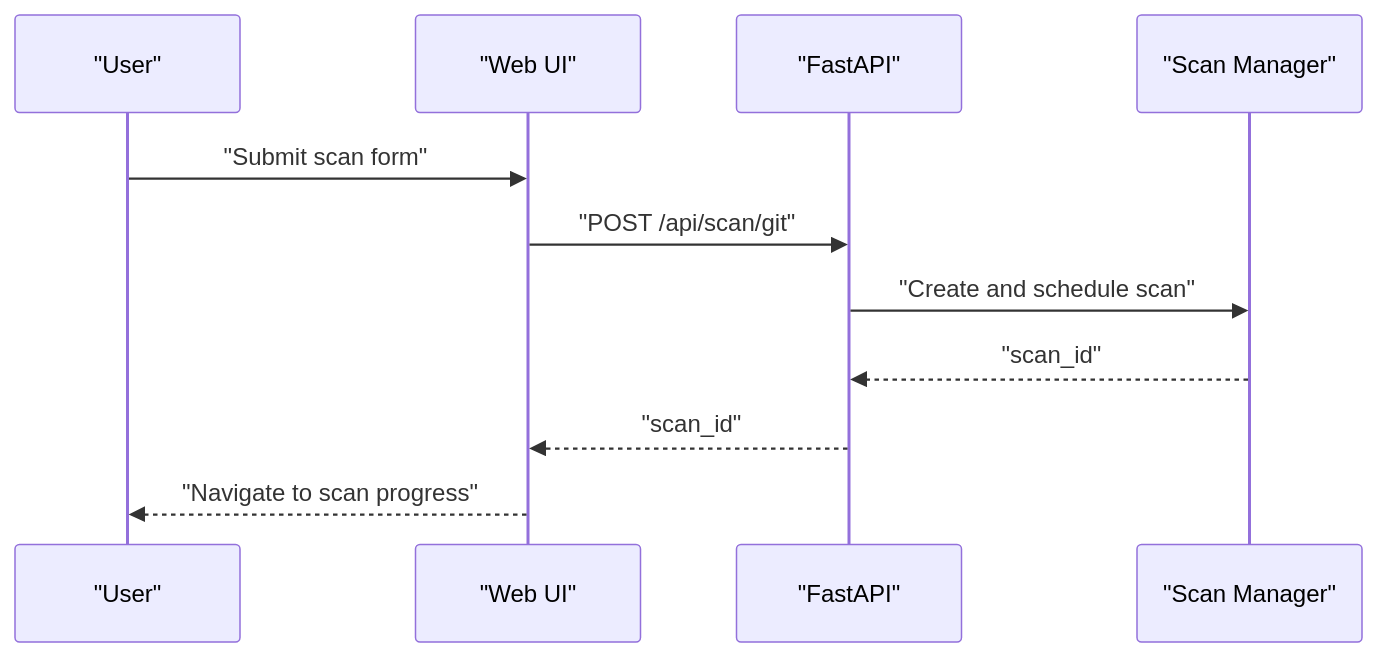
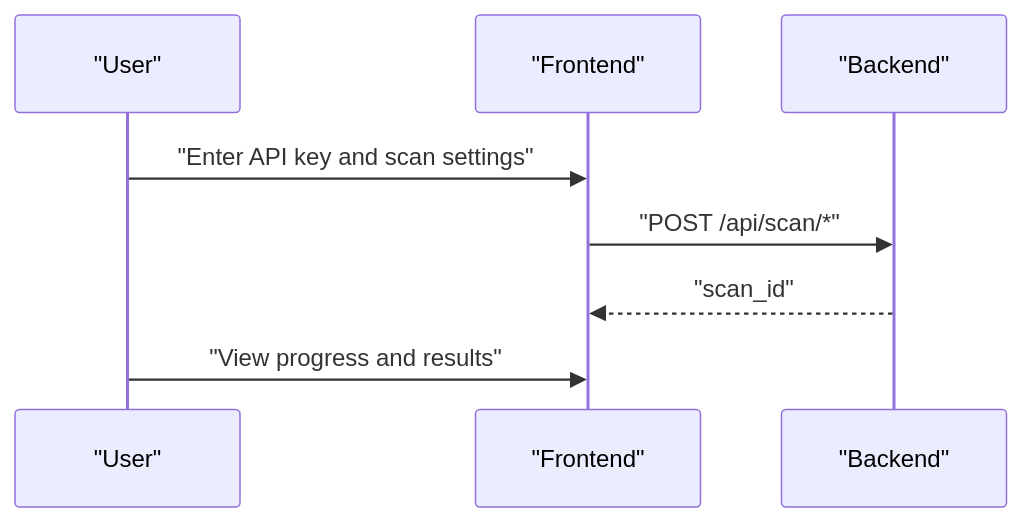
The fourth of 9 diagrams in .qoder/repowiki/en/content/Getting Started.md (keysight-anya/AutoPoV), drawn with Mermaid before and after one commit. The commit also changed other lines of this file and 218 other files, not shown here.

````diff
--- a/.qoder/repowiki/en/content/Getting Started.md
+++ b/.qoder/repowiki/en/content/Getting Started.md
@@ -145,13 +142,10 @@
 ```mermaid
 sequenceDiagram
-participant User as "User"
-participant UI as "Web UI"
-participant API as "FastAPI"
-participant Agent as "Scan Manager"
-User->>UI : "Submit scan form"
-UI->>API : "POST /api/scan/git"
-API->>Agent : "Create and schedule scan"
-Agent-->>API : "scan_id"
-API-->>UI : "scan_id"
-UI-->>User : "Navigate to scan progress"
+participant U as "User"
+participant F as "Frontend"
+participant B as "Backend"
+U->>F : "Enter API key and scan settings"
+F->>B : "POST /api/scan/*"
+B-->>F : "scan_id"
+U->>F : "View progress and results"
 ```
````
